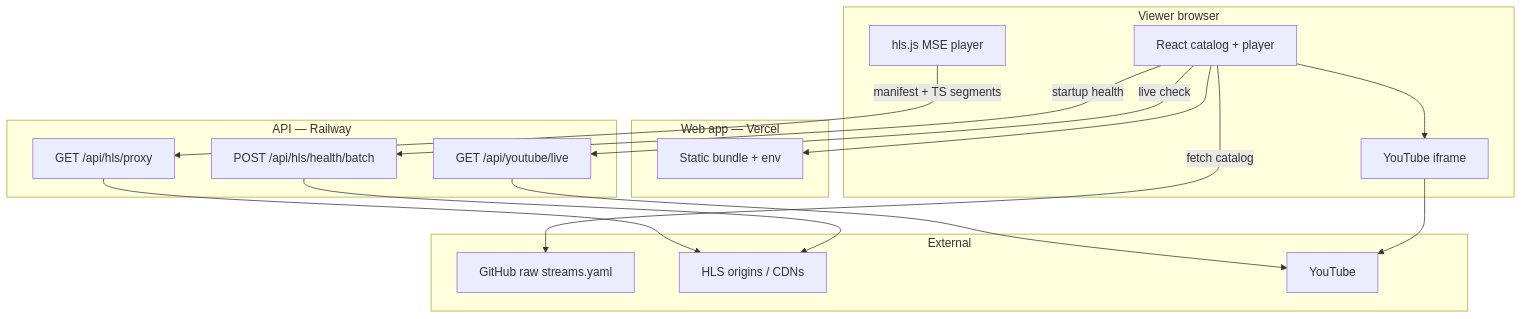
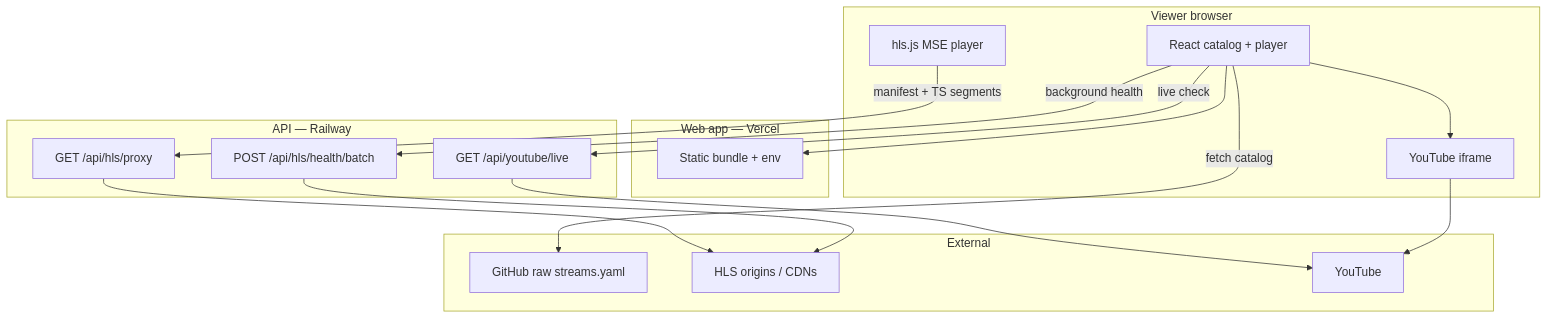
One commit to tejasvi-mehra/live-stream-aggregator changed the first of 3 diagrams in README.md. Above: the diagram before and after it, drawn with Mermaid. The commit also changed other lines of this file and 8 other files, not shown here.

First line of the commit message:
feat: background catalog health, player retry, and unavailable UI

````diff
--- a/README.md
+++ b/README.md
@@ -32,35 +32,35 @@
 ```mermaid
 flowchart TB
   subgraph user [Viewer browser]
     UI[React catalog + player]
     HlsJs[hls.js MSE player]
     YTIframe[YouTube iframe]
   end
 
   subgraph vercel [Web app — Vercel]
     Static[Static bundle + env]
   end
 
   subgraph railway [API — Railway]
     Health["POST /api/hls/health/batch"]
     Proxy["GET /api/hls/proxy"]
     YTLive["GET /api/youtube/live"]
   end
 
   subgraph external [External]
     GitHubYAML["GitHub raw streams.yaml"]
     HLSOrigins[HLS origins / CDNs]
     YouTube[YouTube]
   end
 
   UI --> Static
   UI -->|fetch catalog| GitHubYAML
-  UI -->|startup health| Health
+  UI -->|background health| Health
   UI -->|live check| YTLive
   HlsJs -->|manifest + TS segments| Proxy
   Proxy --> HLSOrigins
   Health --> HLSOrigins
   YTLive --> YouTube
   UI --> YTIframe
   YTIframe --> YouTube
 ```
````
